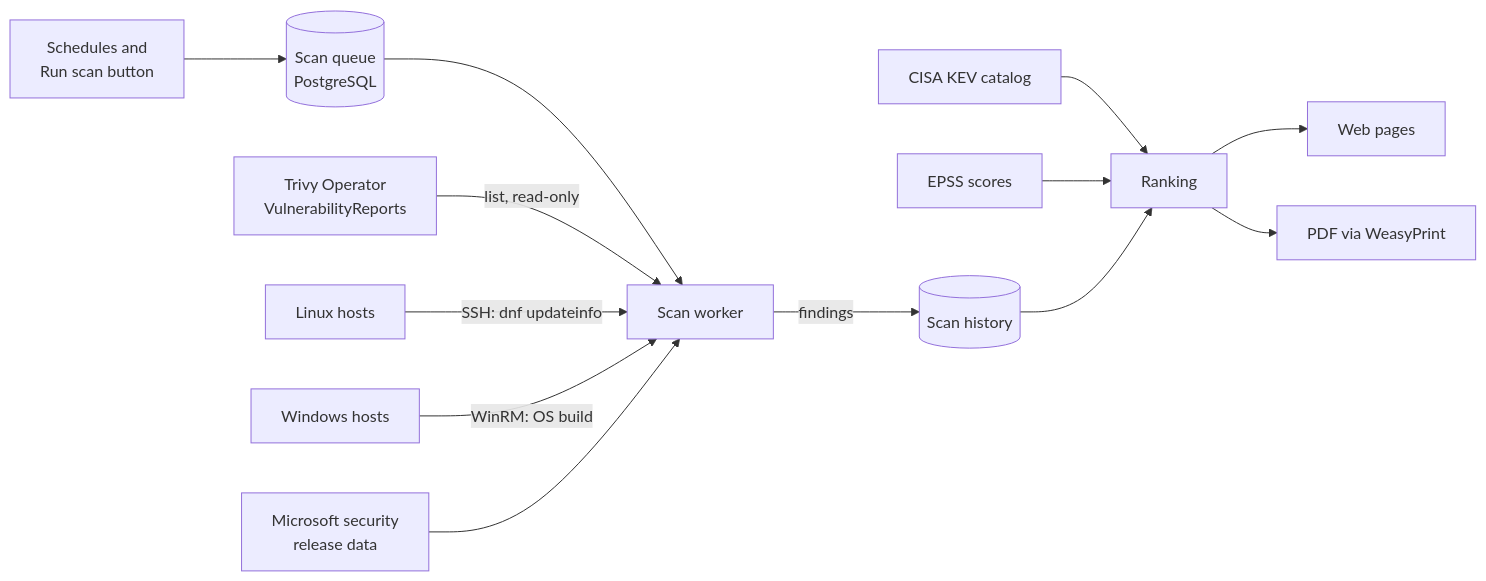
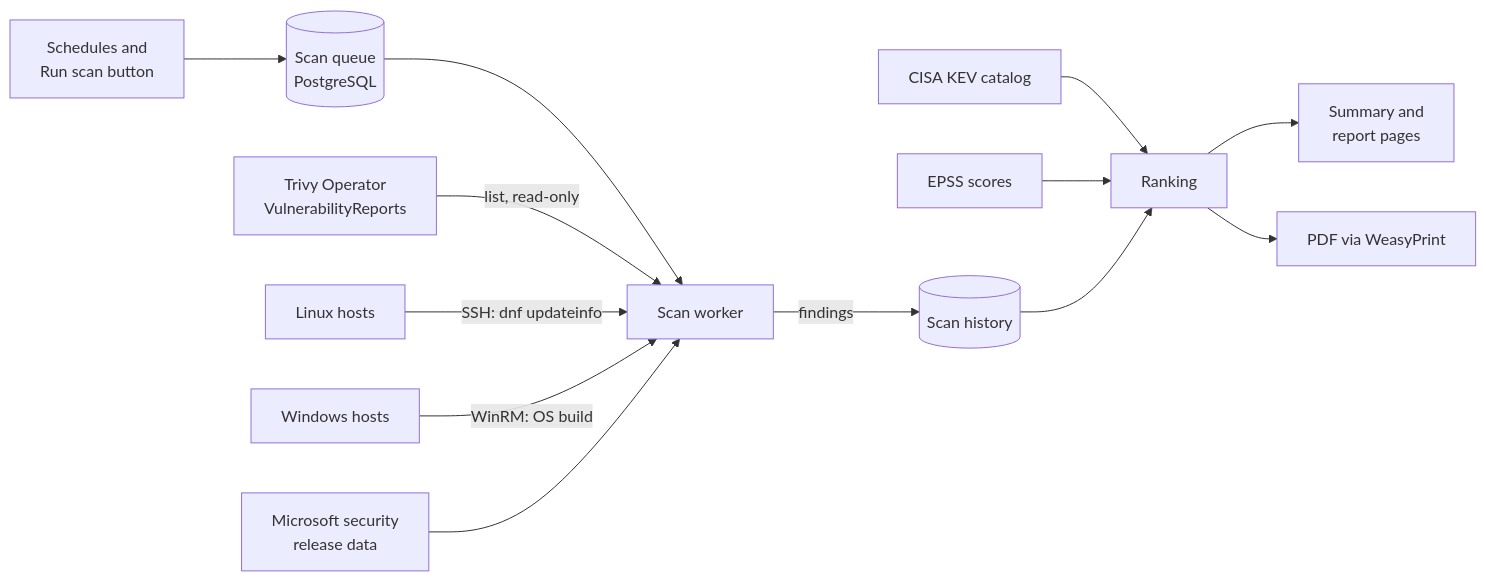
Before and after one commit to uhlix-net/securitas: the diagram in README.md, drawn with Mermaid. The commit also changed other lines of this file and 1 other file, not shown here.

Commit message:
Docs: summary landing page and failed-scan reporting

````diff
--- a/README.md
+++ b/README.md
@@ -154,15 +160,15 @@
 ```mermaid
 flowchart LR
   sched[Schedules and<br/>Run scan button] --> q[(Scan queue<br/>PostgreSQL)]
   q --> w[Scan worker]
   trivy[Trivy Operator<br/>VulnerabilityReports] -->|list, read-only| w
   linux[Linux hosts] -->|SSH: dnf updateinfo| w
   win[Windows hosts] -->|WinRM: OS build| w
   msrc[Microsoft security<br/>release data] --> w
   kev[CISA KEV catalog] --> rank[Ranking]
   epss[EPSS scores] --> rank
   w -->|findings| hist[(Scan history)]
   hist --> rank
-  rank --> page[Web pages]
+  rank --> page[Summary and<br/>report pages]
   rank --> pdf[PDF via WeasyPrint]
 ```
````
